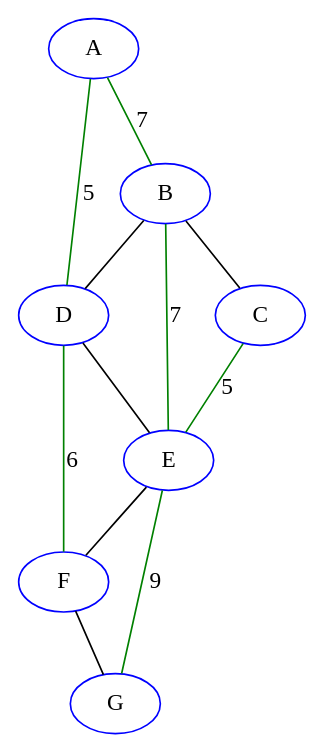
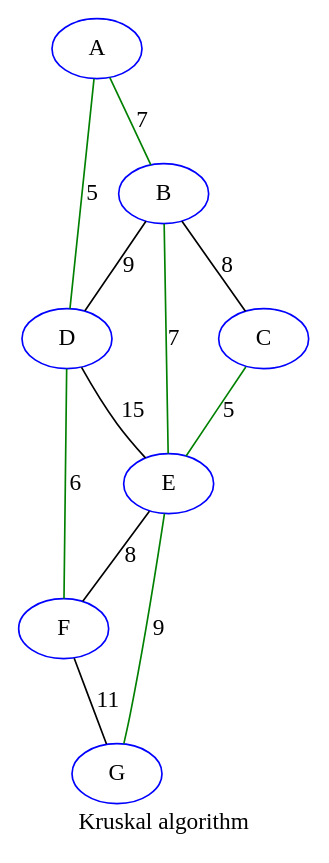
The diagram in AeA/partie2/tp2/kruskal.dot (sallareznov/m1s2), drawn with Graphviz before and after one commit. The commit also changed 93 other files, not shown here.

Commit message:
[AeA] génération de graphes aléatoires pondérés (modèle Erdos-Renyi)

```diff
--- a/AeA/partie2/tp2/kruskal.dot
+++ b/AeA/partie2/tp2/kruskal.dot
@@ -1,20 +1,21 @@
 graph {
+label="Kruskal algorithm"
 G [color=blue]
 E [color=blue]
 F [color=blue]
 C [color=blue]
 D [color=blue]
 A [color=blue]
 B [color=blue]
-A -- B [color=green, label="7"]
-A -- D [color=green, label="5"]
-B -- C
-B -- D
-B -- E [color=green, label="7"]
-C -- E [color=green, label="5"]
-D -- E
-D -- F [color=green, label="6"]
-E -- F
-E -- G [color=green, label="9"]
-F -- G
+A -- B[label="7",color=green]
+A -- D[label="5",color=green]
+B -- C[label="8"]
+B -- D[label="9"]
+B -- E[label="7",color=green]
+C -- E[label="5",color=green]
+D -- E[label="15"]
+D -- F[label="6",color=green]
+E -- F[label="8"]
+E -- G[label="9",color=green]
+F -- G[label="11"]
 }
```
